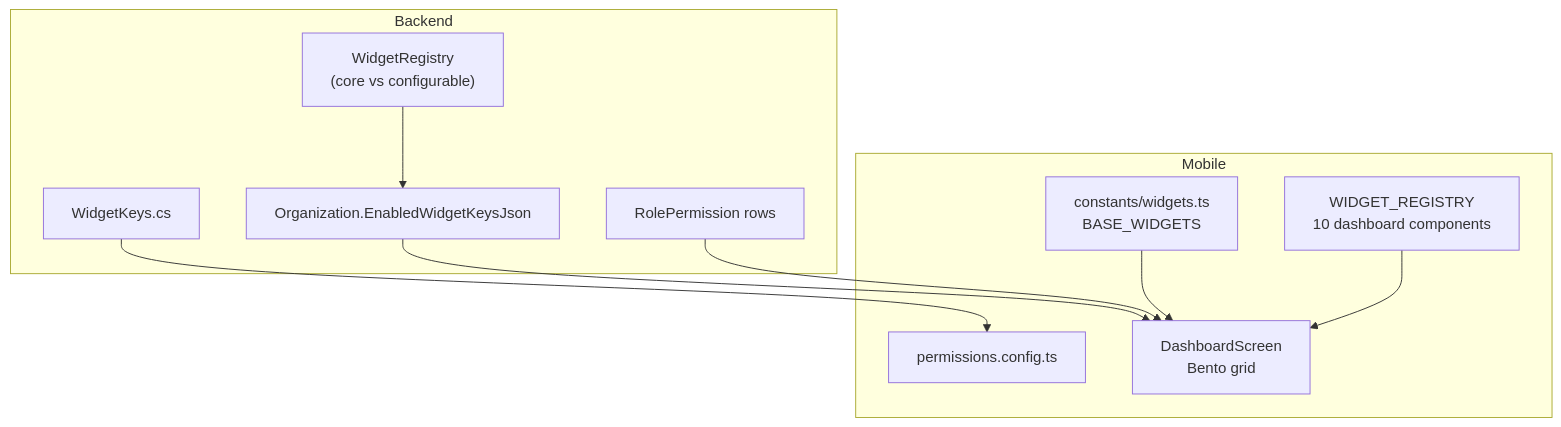
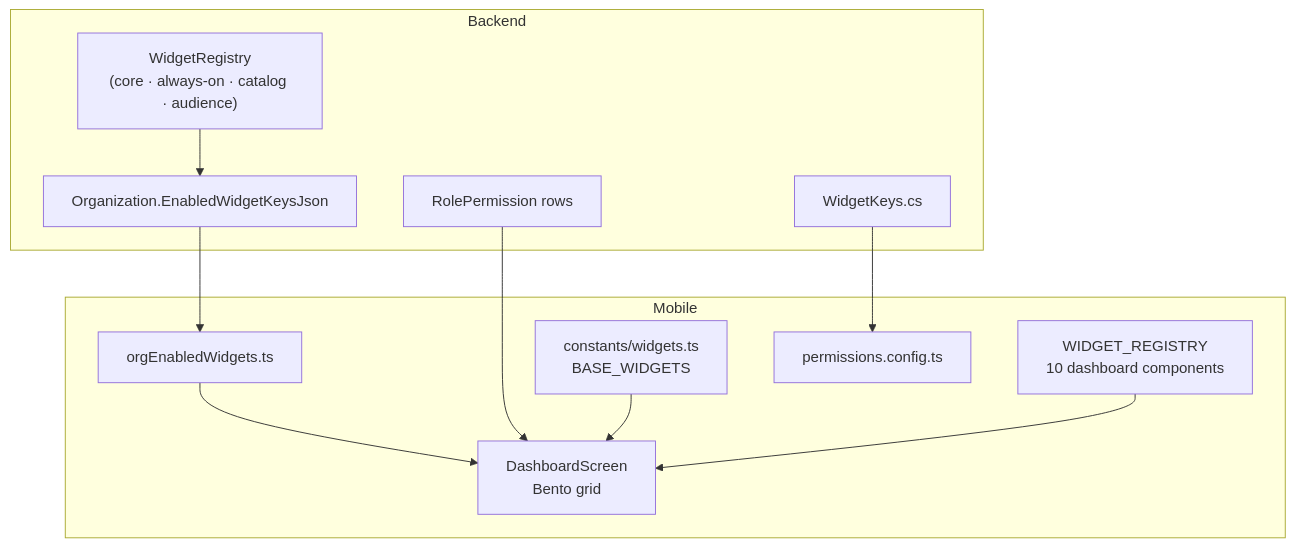
Before and after one commit to ArisHorvat/omada-platform: the fourth of 4 diagrams in docs/Architecture.md, drawn with Mermaid. The commit also changed other lines of this file and 642 other files, not shown here.

````diff
--- a/docs/Architecture.md
+++ b/docs/Architecture.md
@@ -205,23 +234,25 @@
 ```mermaid
 flowchart TB
     subgraph Backend
         WK["WidgetKeys.cs"]
-        WR["WidgetRegistry\n(core vs configurable)"]
+        WR["WidgetRegistry\n(core · always-on · catalog · audience)"]
         OE["Organization.EnabledWidgetKeysJson"]
         RP2["RolePermission rows"]
     end
 
     subgraph Mobile
+        OEW["orgEnabledWidgets.ts"]
         BW["constants/widgets.ts\nBASE_WIDGETS"]
         REG["WIDGET_REGISTRY\n10 dashboard components"]
         PC["permissions.config.ts"]
         DASH["DashboardScreen\nBento grid"]
     end
 
     WK --> PC
     WR --> OE
-    OE --> DASH
+    OE --> OEW
+    OEW --> DASH
     RP2 --> DASH
     BW --> DASH
     REG --> DASH
 ```
````
